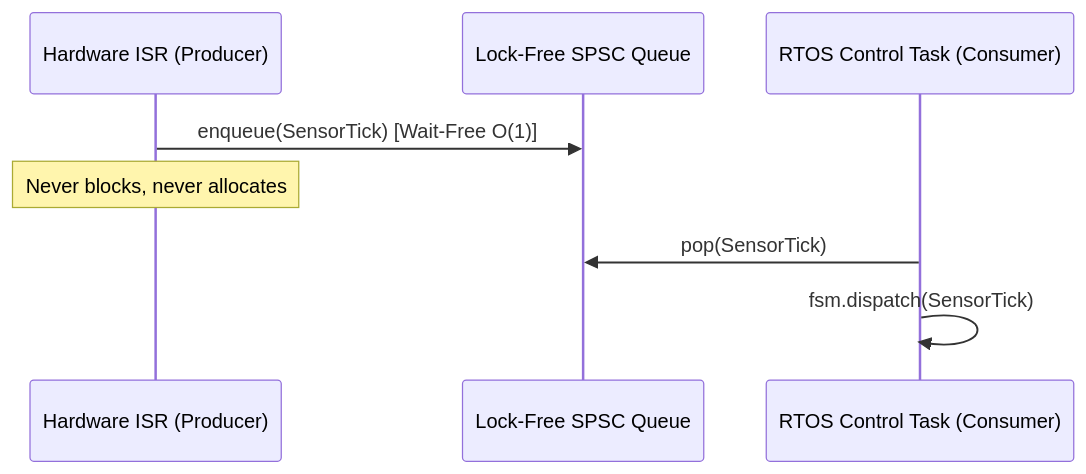
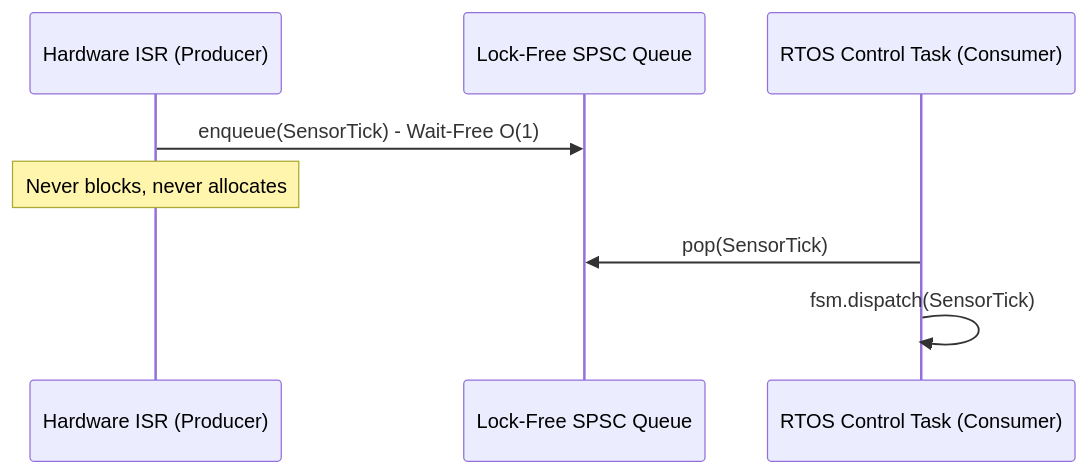
One commit to simoneCavalleri/fsmc changed the diagram in docs/concepts/memory_and_realtime.md. Above: the diagram before and after it, drawn with Mermaid. The commit also changed other lines of this file and 29 other files, not shown here.

````diff
--- a/docs/concepts/memory_and_realtime.md
+++ b/docs/concepts/memory_and_realtime.md
@@ -29,11 +31,11 @@
 ```mermaid
 sequenceDiagram
     participant ISR as Hardware ISR (Producer)
     participant Ring as Lock-Free SPSC Queue
     participant Task as RTOS Control Task (Consumer)
 
-    ISR->>Ring: enqueue(SensorTick) [Wait-Free O(1)]
+    ISR->>Ring: enqueue(SensorTick) - Wait-Free O(1)
     Note over ISR: Never blocks, never allocates
     Task->>Ring: pop(SensorTick)
     Task->>Task: fsm.dispatch(SensorTick)
 ```
````
